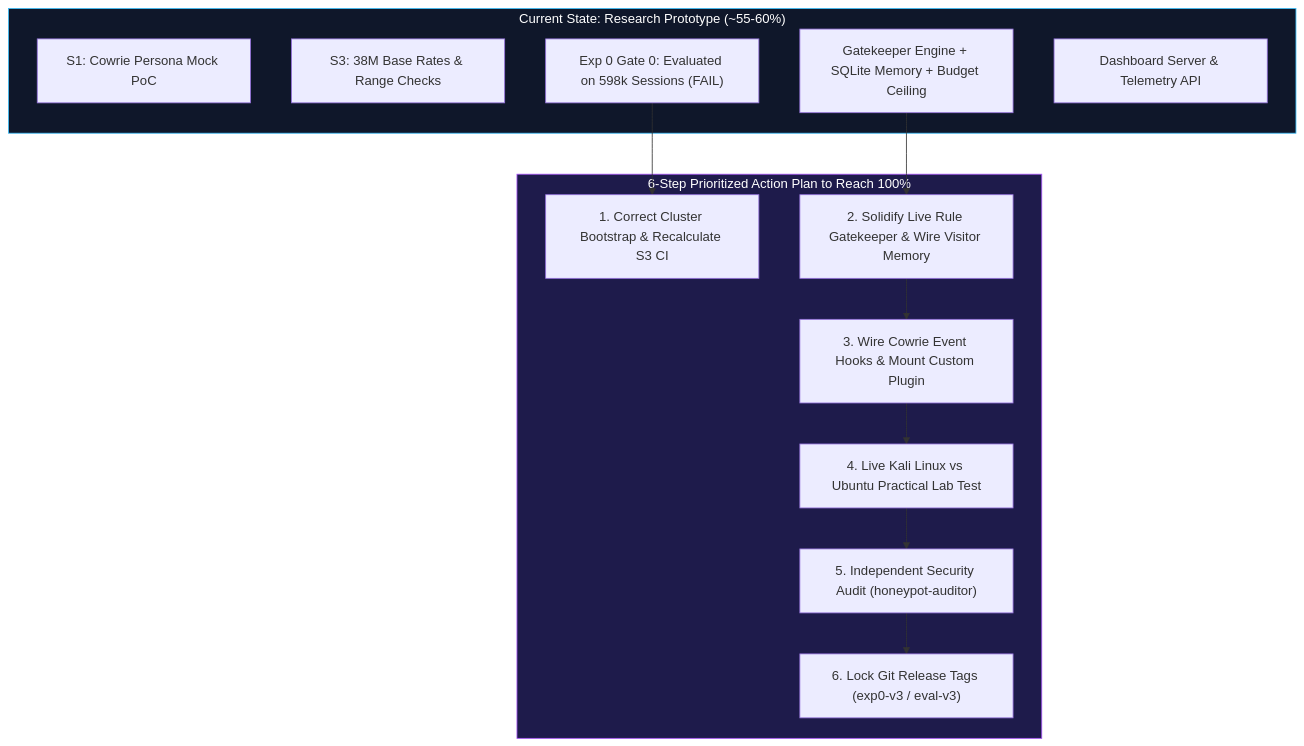
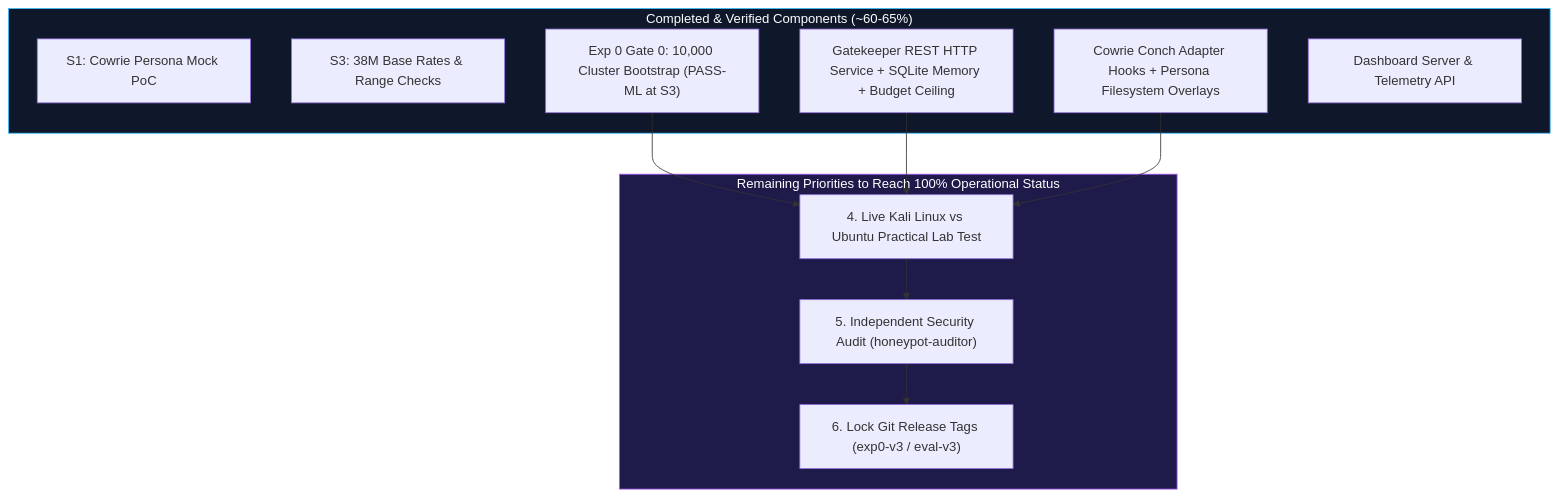
One commit to abhinavsingh2403/Schrodinger-s-Server changed the diagram in README.md. Above: the diagram before and after it, drawn with Mermaid. The commit also changed other lines of this file and 2 other files, not shown here.

````diff
--- a/README.md
+++ b/README.md
@@ -123,29 +123,26 @@
 ```mermaid
 flowchart TD
-    subgraph Done["Current State: Research Prototype (~55-60%)"]
+    subgraph Done["Completed & Verified Components (~60-65%)"]
         S1["S1: Cowrie Persona Mock PoC"]
         S3["S3: 38M Base Rates & Range Checks"]
-        EXP0["Exp 0 Gate 0: Evaluated on 598k Sessions (FAIL)"]
-        GK["Gatekeeper Engine + SQLite Memory + Budget Ceiling"]
+        EXP0["Exp 0 Gate 0: 10,000 Cluster Bootstrap (PASS-ML at S3)"]
+        GK["Gatekeeper REST HTTP Service + SQLite Memory + Budget Ceiling"]
+        ADAPT["Cowrie Conch Adapter Hooks + Persona Filesystem Overlays"]
         DASH["Dashboard Server & Telemetry API"]
     end
 
-    subgraph Priorities["6-Step Prioritized Action Plan to Reach 100%"]
-        P1["1. Correct Cluster Bootstrap & Recalculate S3 CI"]
-        P2["2. Solidify Live Rule Gatekeeper & Wire Visitor Memory"]
-        P3["3. Wire Cowrie Event Hooks & Mount Custom Plugin"]
+    subgraph Priorities["Remaining Priorities to Reach 100% Operational Status"]
         P4["4. Live Kali Linux vs Ubuntu Practical Lab Test"]
         P5["5. Independent Security Audit (honeypot-auditor)"]
         P6["6. Lock Git Release Tags (exp0-v3 / eval-v3)"]
     end
 
-    EXP0 --> P1
-    GK --> P2
-    P2 --> P3
-    P3 --> P4
+    EXP0 --> P4
+    GK --> P4
+    ADAPT --> P4
     P4 --> P5
     P5 --> P6
 
     style Done fill:#0f172a,stroke:#38bdf8,stroke-width:1px,color:#fff
     style Priorities fill:#1e1b4b,stroke:#a855f7,stroke-width:1px,color:#fff
 ```
````
